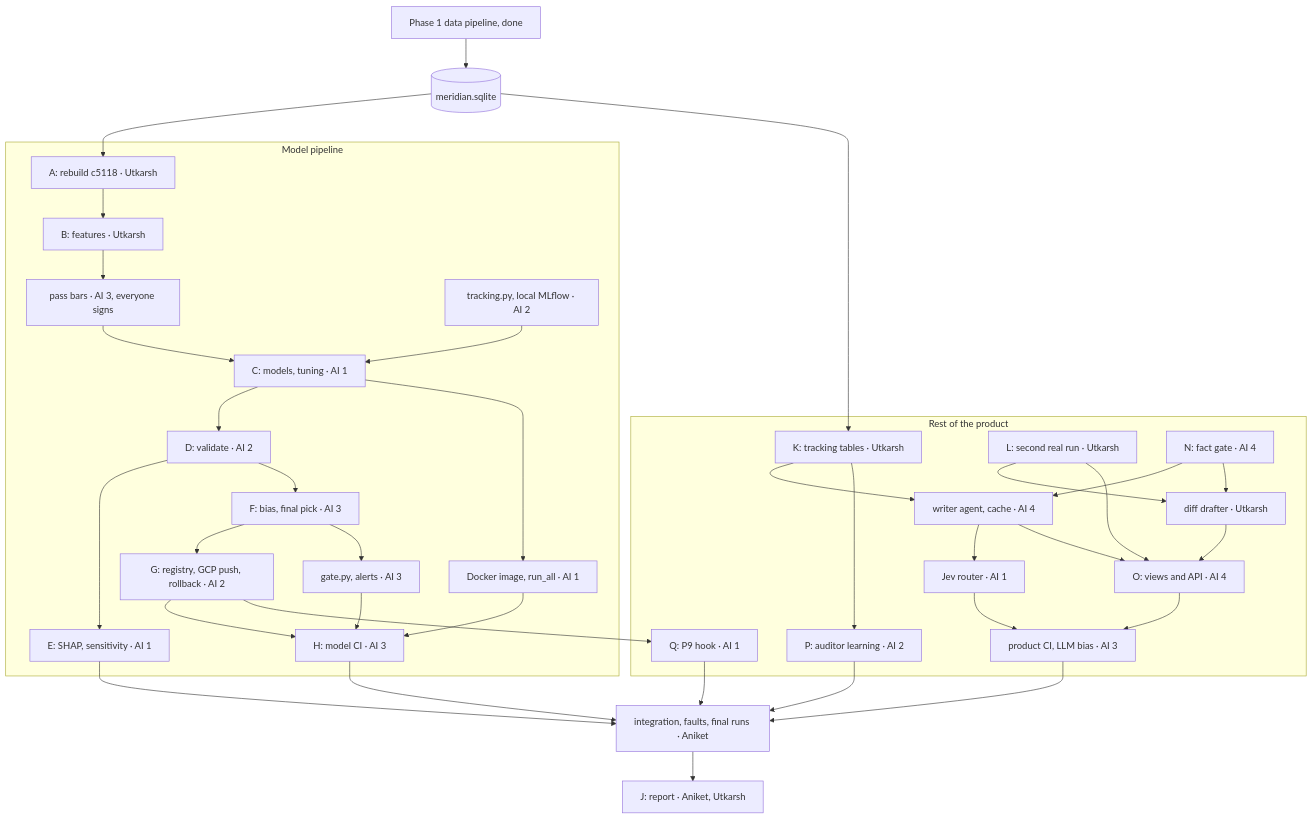
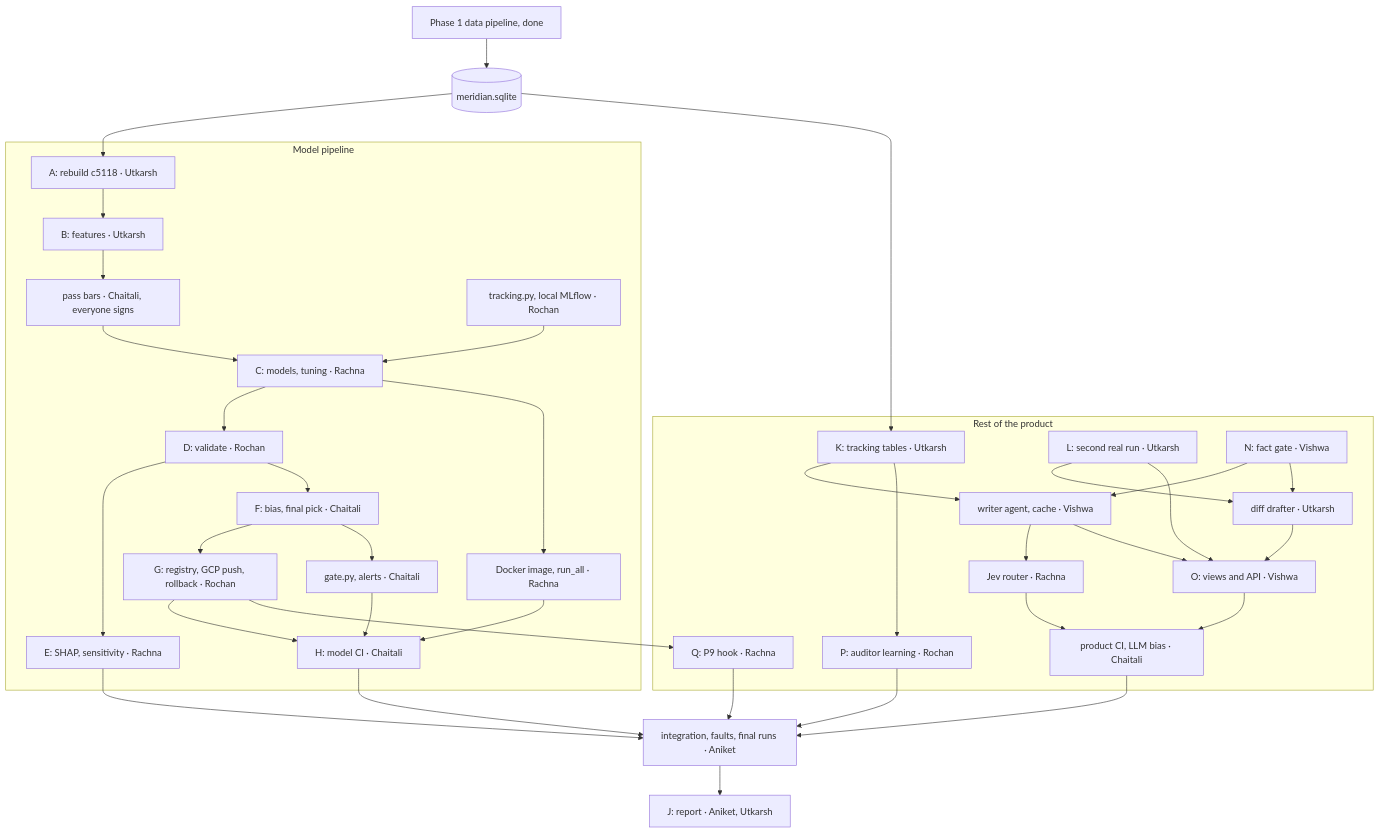
One commit to Itsme-aniketghosh/Meridian changed the first of 2 diagrams in Model-Pipeline/PLAN.md. Above: the diagram before and after it, drawn with Mermaid. The commit also changed other lines of this file and 7 other files, not shown here.

````diff
--- a/Model-Pipeline/PLAN.md
+++ b/Model-Pipeline/PLAN.md
@@ -178,46 +178,46 @@
 ```mermaid
 flowchart TD
   pipe["Phase 1 data pipeline, done"] --> blk[("meridian.sqlite")]
 
   subgraph MODEL["Model pipeline"]
     A["A: rebuild c5118 · Utkarsh"] --> B["B: features · Utkarsh"]
-    B --> bars["pass bars · AI 3, everyone signs"]
-    bars --> C["C: models, tuning · AI 1"]
-    trk["tracking.py, local MLflow · AI 2"] --> C
-    C --> D["D: validate · AI 2"]
-    D --> E["E: SHAP, sensitivity · AI 1"]
-    D --> F["F: bias, final pick · AI 3"]
-    F --> G["G: registry, GCP push, rollback · AI 2"]
-    C --> dock["Docker image, run_all · AI 1"]
-    F --> gates["gate.py, alerts · AI 3"]
-    dock --> H["H: model CI · AI 3"]
+    B --> bars["pass bars · Chaitali, everyone signs"]
+    bars --> C["C: models, tuning · Rachna"]
+    trk["tracking.py, local MLflow · Rochan"] --> C
+    C --> D["D: validate · Rochan"]
+    D --> E["E: SHAP, sensitivity · Rachna"]
+    D --> F["F: bias, final pick · Chaitali"]
+    F --> G["G: registry, GCP push, rollback · Rochan"]
+    C --> dock["Docker image, run_all · Rachna"]
+    F --> gates["gate.py, alerts · Chaitali"]
+    dock --> H["H: model CI · Chaitali"]
     gates --> H
     G --> H
   end
 
   subgraph PRODUCT["Rest of the product"]
     K["K: tracking tables · Utkarsh"]
     L["L: second real run · Utkarsh"]
-    N["N: fact gate · AI 4"] --> W["writer agent, cache · AI 4"]
+    N["N: fact gate · Vishwa"] --> W["writer agent, cache · Vishwa"]
     K --> W
-    W --> jev["Jev router · AI 1"]
+    W --> jev["Jev router · Rachna"]
     L --> diff["diff drafter · Utkarsh"]
     N --> diff
-    K --> P["P: auditor learning · AI 2"]
-    W --> O["O: views and API · AI 4"]
+    K --> P["P: auditor learning · Rochan"]
+    W --> O["O: views and API · Vishwa"]
     diff --> O
     L --> O
-    G --> Q["Q: P9 hook · AI 1"]
-    jev --> PCI["product CI, LLM bias · AI 3"]
+    G --> Q["Q: P9 hook · Rachna"]
+    jev --> PCI["product CI, LLM bias · Chaitali"]
     O --> PCI
   end
 
   blk --> A
   blk --> K
   H --> integ["integration, faults, final runs · Aniket"]
   PCI --> integ
   P --> integ
   Q --> integ
   E --> integ
   integ --> J["J: report · Aniket, Utkarsh"]
 ```
````
